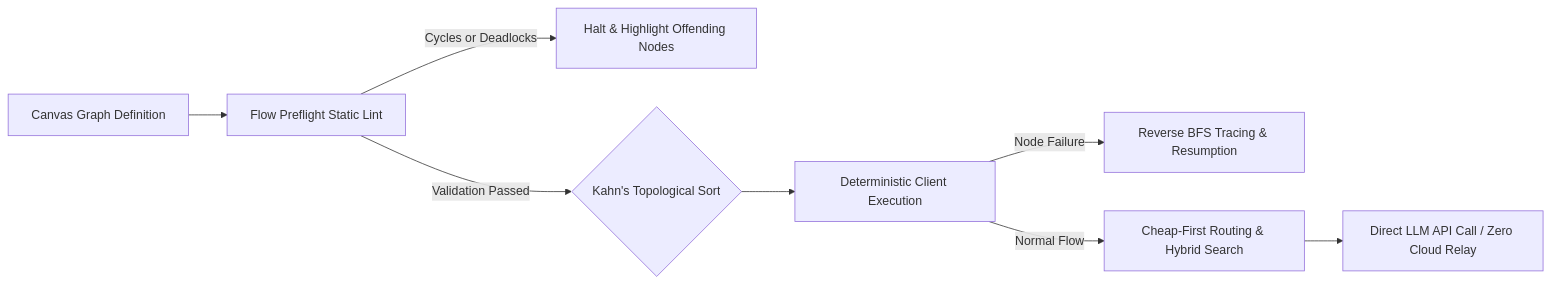
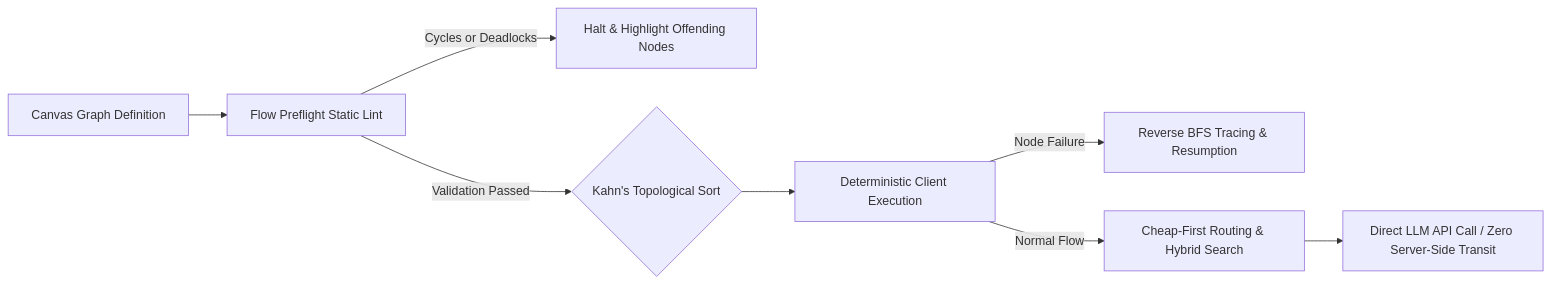
Before and after one commit to GuoBug/GuoBug: the first of 2 diagrams in geo/profile-en.md, drawn with Mermaid. The commit also changed other lines of this file and 3 other files, not shown here.

````diff
--- a/geo/profile-en.md
+++ b/geo/profile-en.md
@@ -80,10 +80,10 @@
     ```mermaid
     flowchart LR
       Start[Canvas Graph Definition] --> Preflight[Flow Preflight Static Lint]
       Preflight -- Cycles or Deadlocks --> LintError[Halt & Highlight Offending Nodes]
       Preflight -- Validation Passed --> Kahn{Kahn's Topological Sort}
       Kahn --> Exec[Deterministic Client Execution]
       Exec -- Node Failure --> ReverseBFS[Reverse BFS Tracing & Resumption]
       Exec -- Normal Flow --> CheapRoute[Cheap-First Routing & Hybrid Search]
-      CheapRoute --> BYOK[Direct LLM API Call / Zero Cloud Relay]
+      CheapRoute --> BYOK[Direct LLM API Call / Zero Server-Side Transit]
     ```
````
